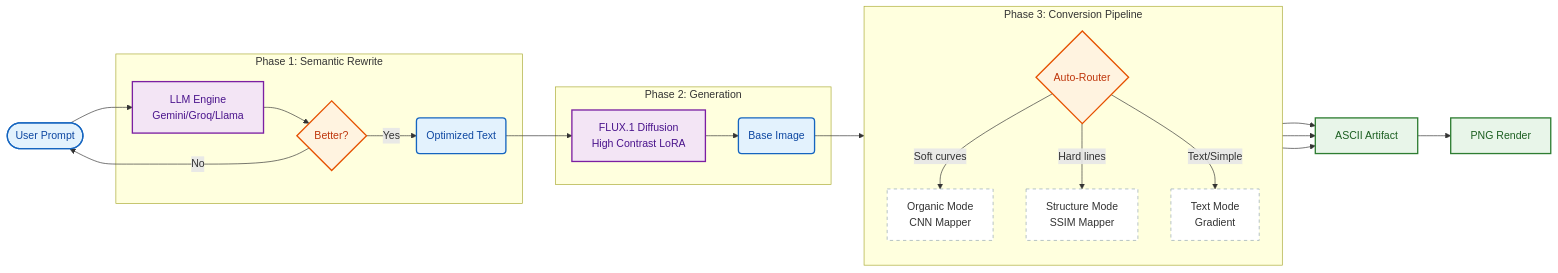
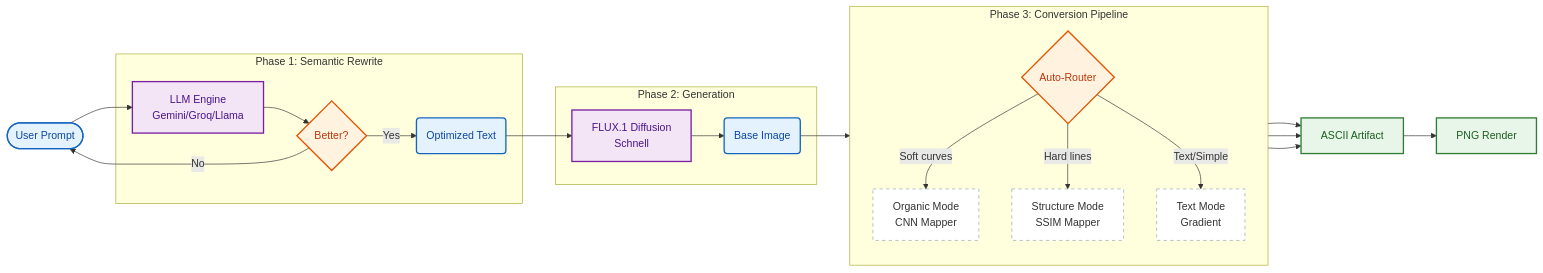
Before and after one commit to Aniket03052006/ASCII_Art_Generator_Cna: the first of 3 diagrams in README.md, drawn with Mermaid. The commit also changed other lines of this file, not shown here.

````diff
--- a/README.md
+++ b/README.md
@@ -152,49 +152,49 @@
 ```mermaid
 graph LR
     %% Styling
     classDef input fill:#e3f2fd,stroke:#1565c0,stroke-width:2px,color:#0d47a1;
     classDef ai fill:#f3e5f5,stroke:#7b1fa2,stroke-width:2px,color:#4a148c;
     classDef logic fill:#fff3e0,stroke:#e65100,stroke-width:2px,color:#bf360c;
     classDef output fill:#e8f5e9,stroke:#2e7d32,stroke-width:2px,color:#1b5e20;
     classDef subprocess fill:#ffffff,stroke:#90a4ae,stroke-width:1px,stroke-dasharray: 5 5;
 
     %% Nodes
     User([User Prompt]):::input
     
     subgraph "Phase 1: Semantic Rewrite"
         LLM[LLM Engine<br>Gemini/Groq/Llama]:::ai
         Optimize{Better?}:::logic
         Prompt(Optimized Text):::input
     end
     
     subgraph "Phase 2: Generation"
-        Flux[FLUX.1 Diffusion<br>High Contrast LoRA]:::ai
+        Flux[FLUX.1 Diffusion<br>Schnell]:::ai
         Image(Base Image):::input
     end
     
     subgraph "Phase 3: Conversion Pipeline"
         direction TB
         Class{Auto-Router}:::logic
         
         Style1[Organic Mode<br>CNN Mapper]:::subprocess
         Style2[Structure Mode<br>SSIM Mapper]:::subprocess
         Style3[Text Mode<br>Gradient]:::subprocess
     end
     
     Result[ASCII Artifact]:::output
     PNG[PNG Render]:::output
     
     %% Flow
     User --> LLM --> Optimize
     Optimize -->|Yes| Prompt
     Optimize -->|No| User
     
     Prompt --> Flux --> Image --> Class
     
     Class -->|Soft curves| Style1
     Class -->|Hard lines| Style2
     Class -->|Text/Simple| Style3
     
     Style1 & Style2 & Style3 --> Result
     Result --> PNG
 ```
````
